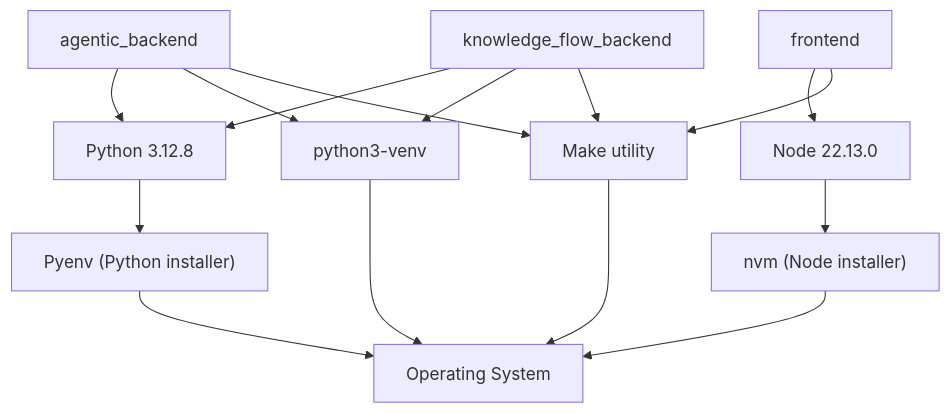
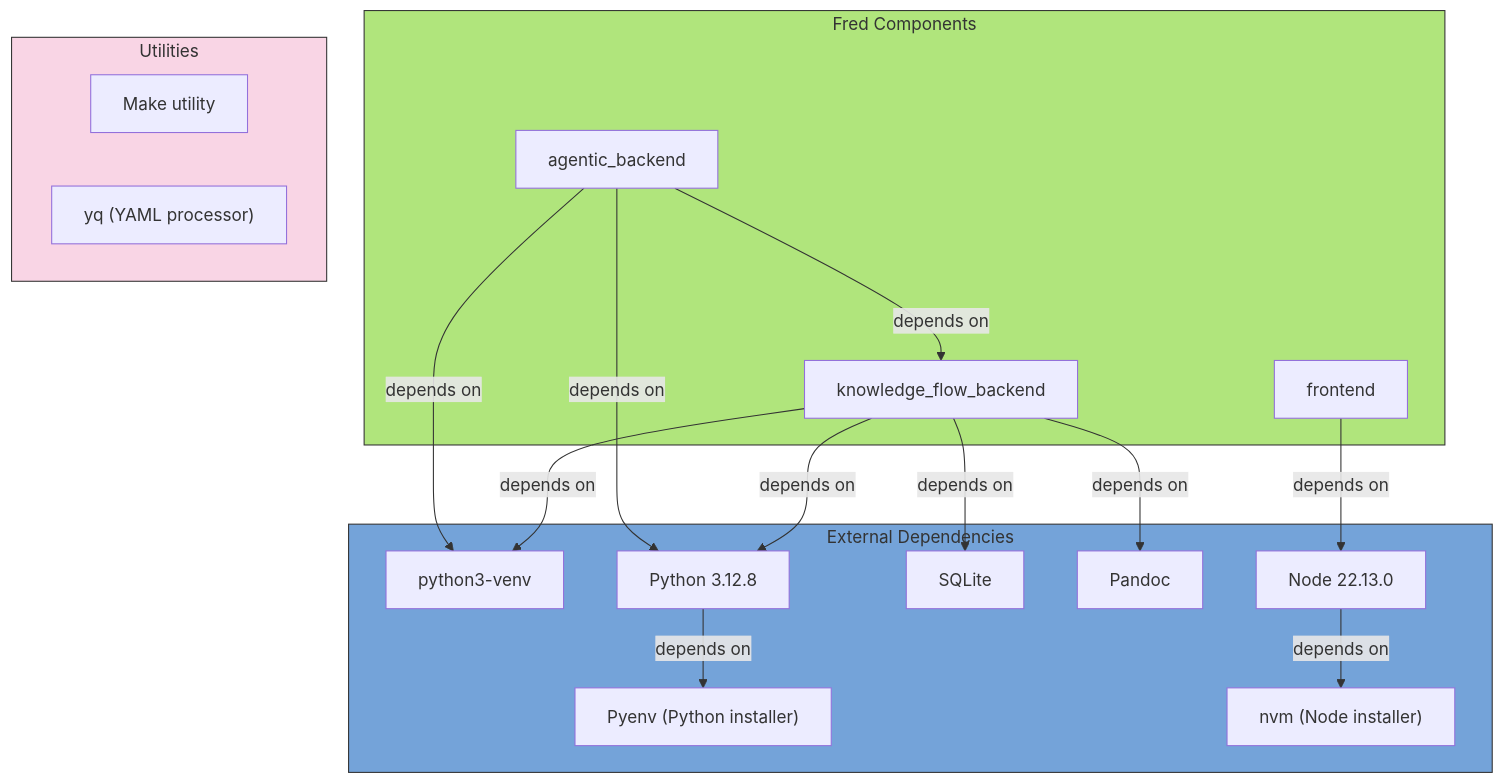
Before and after one commit to ThalesGroup/fred: the diagram in README.md, drawn with Mermaid. The commit also changed other lines of this file and 16 other files, not shown here.

````diff
--- a/README.md
+++ b/README.md
@@ -86,33 +71,42 @@
-```mermaid
-graph TD
-    Agentic["agentic_backend"]
-    Knowledge["knowledge_flow_backend"]
-    Frontend["frontend"]
-    Python["Python 3.12.8"]
-    Venv["python3-venv"]
-    Node["Node 22.13.0"]
-    Pyenv["Pyenv (Python installer)"]
-    NVM["nvm (Node installer)"]
-    Make["Make utility"]
-    OS["Operating System"]
+  ```mermaid
+  graph TD
+      subgraph FredComponents["Fred Components"]
+        style FredComponents fill:#b0e57c,stroke:#333,stroke-width:2px  %% Green Color
+          Agentic["agentic_backend"]
+          Knowledge["knowledge_flow_backend"]
+          Frontend["frontend"]
+      end
 
-    Agentic --> Python
-    Agentic --> Venv
-    Agentic --> Make
+      subgraph ExternalDependencies["External Dependencies"]
+        style ExternalDependencies fill:#74a3d9,stroke:#333,stroke-width:2px  %% Blue Color
+          Venv["python3-venv"]
+          Python["Python 3.12.8"]
+          SQLite["SQLite"]
+          Pandoc["Pandoc"]
+          Pyenv["Pyenv (Python installer)"]
+          Node["Node 22.13.0"]
+          NVM["nvm (Node installer)"]
+      end
 
-    Knowledge --> Python
-    Knowledge --> Venv
-    Knowledge --> Make
+      subgraph Utilities["Utilities"]
+        style Utilities fill:#f9d5e5,stroke:#333,stroke-width:2px  %% Pink Color
+          Make["Make utility"]
+          Yq["yq (YAML processor)"]
+      end
 
-    Frontend --> Node
-    Frontend --> Make
+      Agentic -->|depends on| Python
+      Agentic -->|depends on| Knowledge
+      Agentic -->|depends on| Venv
 
-    Python --> Pyenv
-    Venv --> OS
+      Knowledge -->|depends on| Python
+      Knowledge -->|depends on| Venv
+      Knowledge -->|depends on| Pandoc
+      Knowledge -->|depends on| SQLite
 
-    Node --> NVM
+      Frontend -->|depends on| Node
 
-    Pyenv --> OS
-    NVM --> OS
-    Make --> OS
-```
+      Python -->|depends on| Pyenv
+
+      Node -->|depends on| NVM
+
+  ```
````
